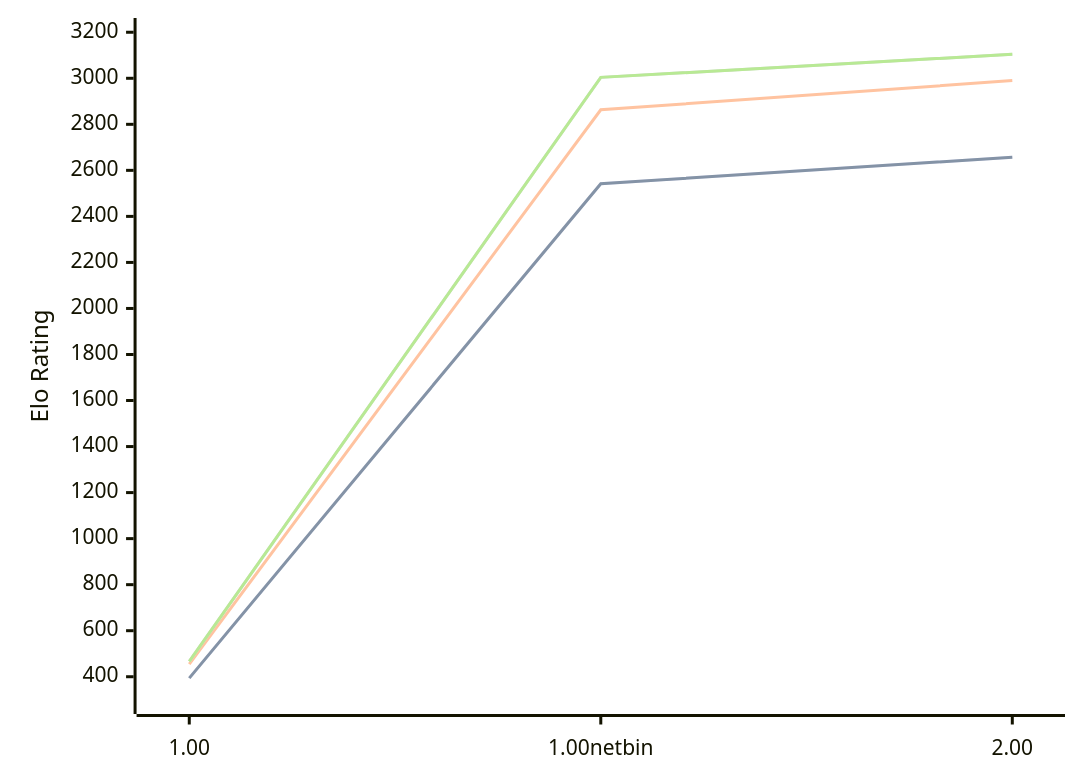
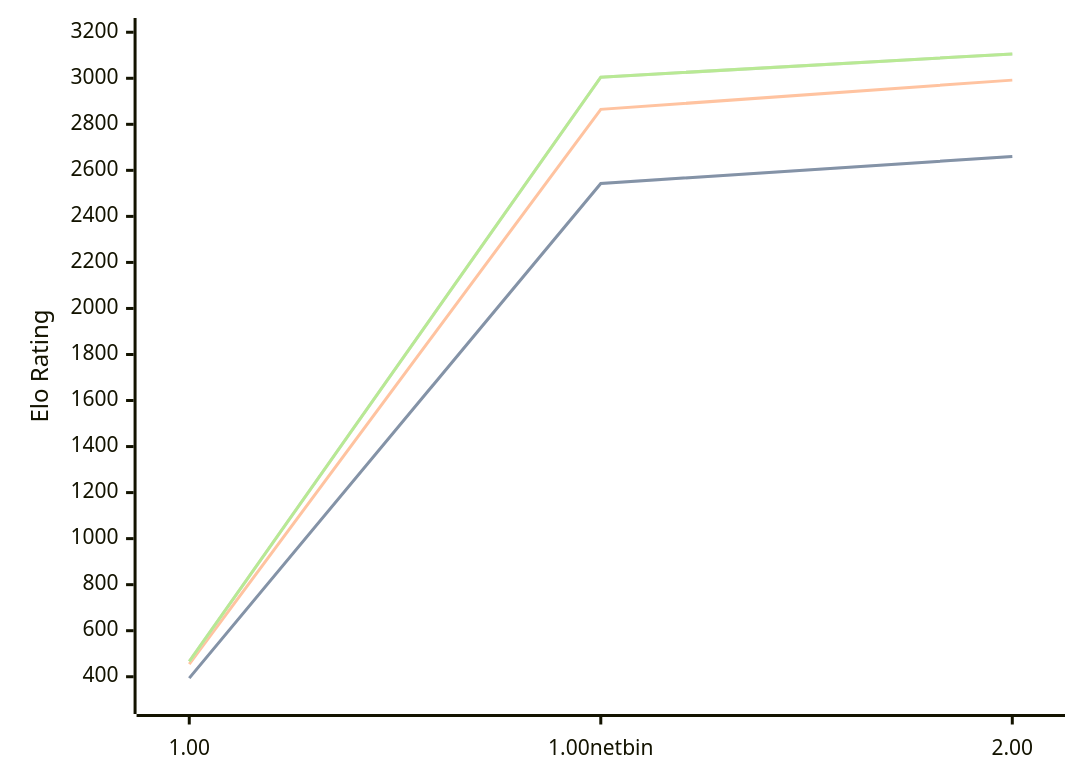
The diagram in engines/Gilipol.md (computer-chess-index/cci), drawn with Mermaid before and after one commit. The commit also changed other lines of this file, not shown here.

Commit message:
Update CCI Ratings (ELO VLTC) - 2026-09-01

````diff
--- a/engines/Gilipol.md
+++ b/engines/Gilipol.md
@@ -33,11 +33,11 @@
 ```mermaid
 %%{init: {"theme":"base","themeVariables":{"seriesColors:['#a3a3a3','#222221','#faa371']}}}%%
 xychart-beta
   x-axis ["1.00", "1.00netbin", "2.00"]
   y-axis "Elo Rating" 300 --> 3200
-  line "" [394, 2542, 2657]
-  line "STC (8.0+0.08s)" [394, 2542, 2657]
-  line "LTC (60.0+0.60s)" [455, 2863, 2990]
-  line "" [467, 3004, 3104]
-  line "VLTC (2m24s+1.12s)" [467, 3004, 3104]
+  line "" [394, 2543, 2660]
+  line "STC (8.0+0.08s)" [394, 2543, 2660]
+  line "LTC (60.0+0.60s)" [455, 2865, 2992]
+  line "" [467, 3005, 3106]
+  line "VLTC (2m24s+1.12s)" [467, 3005, 3106]
 ```
````
